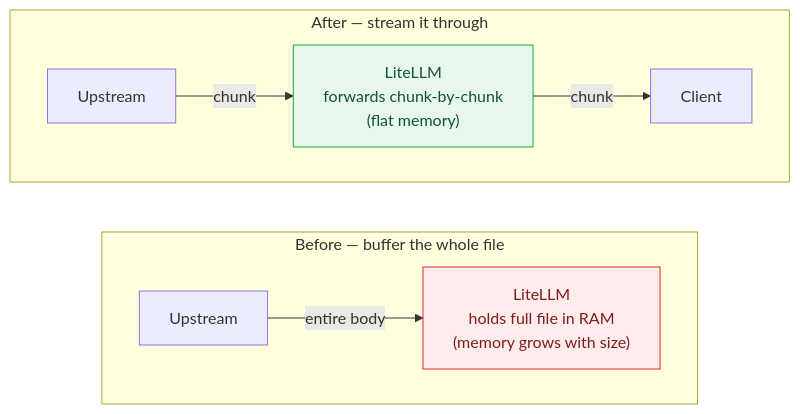
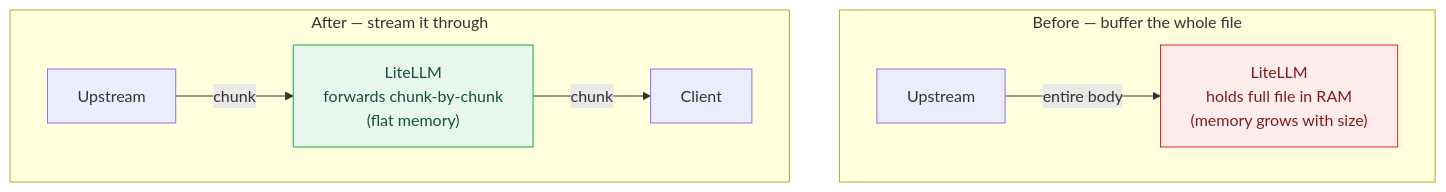
The third of 3 diagrams in blog/two_week_stability_update/index.md (doggy8088/litellm-docs), drawn with Mermaid before and after one commit. The commit also changed other lines of this file, not shown here.

First line of the commit message:
docs(blog): tighten MCP section and stack perf diagram

````diff
--- a/blog/two_week_stability_update/index.md
+++ b/blog/two_week_stability_update/index.md
@@ -115,15 +85,15 @@
 ```mermaid
-flowchart LR
+flowchart TB
   subgraph B["Before — buffer the whole file"]
     direction LR
     U1[Upstream] -->|entire body| L1["LiteLLM<br/>holds full file in RAM<br/>(memory grows with size)"]
   end
   subgraph A["After — stream it through"]
     direction LR
     U2[Upstream] -->|chunk| L2["LiteLLM<br/>forwards chunk-by-chunk<br/>(flat memory)"] -->|chunk| C2[Client]
   end
   classDef bad fill:#fdecec,stroke:#dc2626,color:#7f1d1d;
   classDef good fill:#e8f7ee,stroke:#16a34a,color:#14532d;
   class L1 bad;
   class L2 good;
 ```
````
